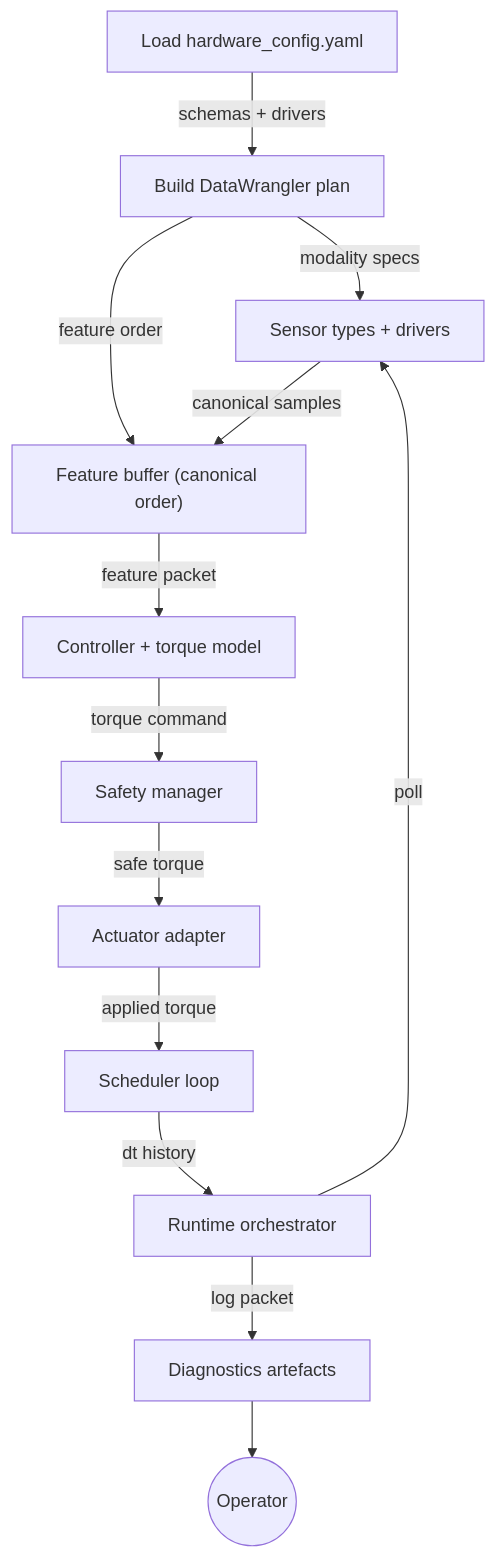
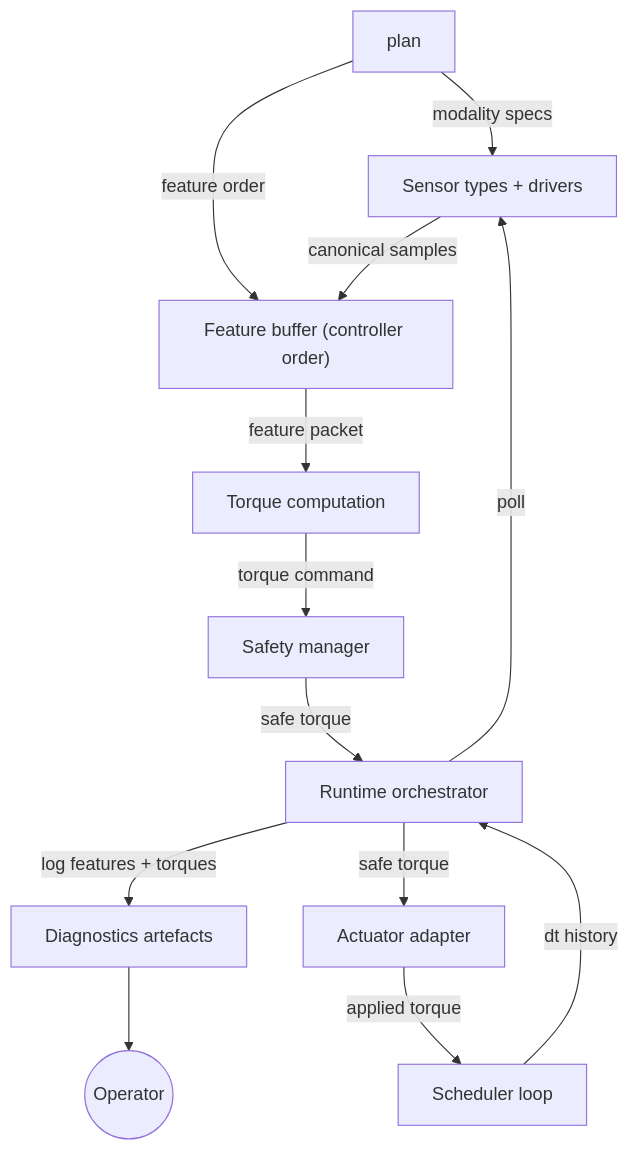
Before and after one commit to jmontp/raspberry-pi-controller-runtime: the second of 6 diagrams in docs/architecture.md, drawn with Mermaid. The commit also changed other lines of this file, not shown here.

Commit message:
docs: expand architecture documentation

````diff
--- a/docs/architecture.md
+++ b/docs/architecture.md
@@ -63,15 +64,15 @@
 ```mermaid
 flowchart TD
-    config["Load hardware_config.yaml"] -->|schemas + drivers| plan["Build DataWrangler plan"]
     plan -->|modality specs| sensors["Sensor types + drivers"]
-    plan -->|feature order| buffer["Feature buffer (canonical order)"]
+    plan -->|feature order| buffer["Feature buffer (controller order)"]
     sensors -->|canonical samples| buffer
-    buffer -->|feature packet| controller["Controller + torque model"]
+    buffer -->|feature packet| controller["Torque computation"]
     controller -->|torque command| safety["Safety manager"]
-    safety -->|safe torque| actuator["Actuator adapter"]
+    safety -->|safe torque| runtime["Runtime orchestrator"]
+    runtime -->|log features + torques| diagnostics["Diagnostics artefacts"]
+    runtime -->|safe torque| actuator["Actuator adapter"]
     actuator -->|applied torque| scheduler["Scheduler loop"]
-    scheduler -->|dt history| runtime["Runtime orchestrator"]
+    scheduler -->|dt history| runtime
     runtime -->|poll| sensors
-    runtime -->|log packet| diagnostics["Diagnostics artefacts"]
     diagnostics --> operator(("Operator"))
 ```
````
